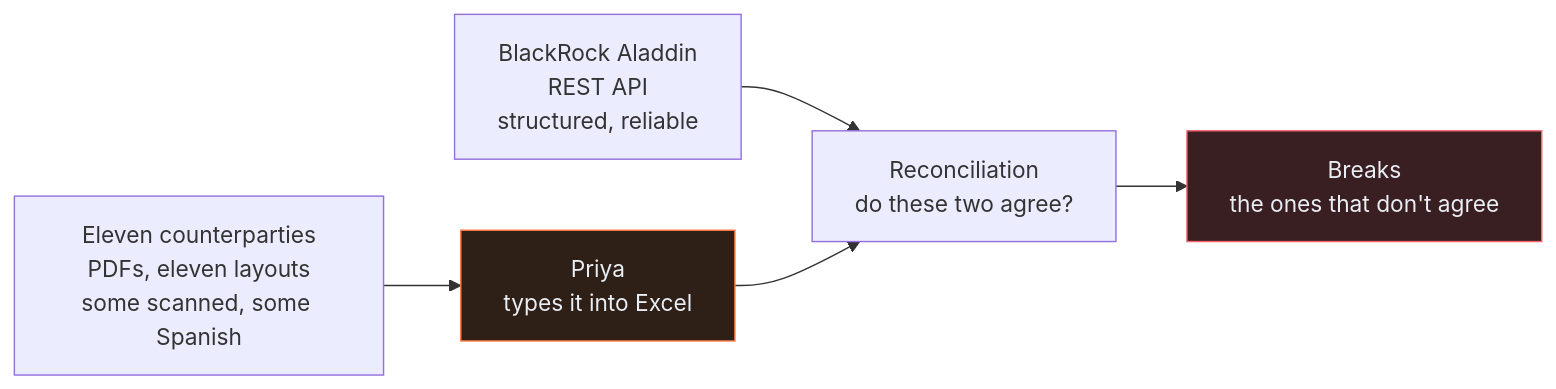
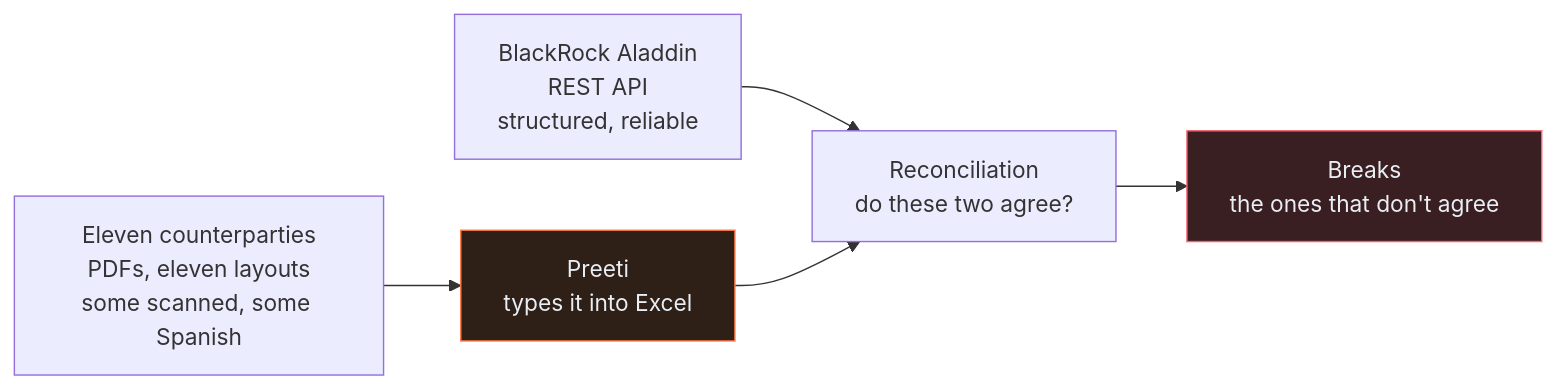
One commit to hemsingh81/learning-system-designs changed the first of 2 diagrams in AI-Agile-Development/Case-Study/Python-ETL/00-the-brief.md. Above: the diagram before and after it, drawn with Mermaid. The commit also changed other lines of this file and 99 other files, not shown here.

````diff
--- a/AI-Agile-Development/Case-Study/Python-ETL/00-the-brief.md
+++ b/AI-Agile-Development/Case-Study/Python-ETL/00-the-brief.md
@@ -69,10 +69,10 @@
 ```mermaid
 flowchart LR
     A["BlackRock Aladdin<br/>REST API<br/>structured, reliable"] --> R["Reconciliation<br/>do these two agree?"]
-    B["Eleven counterparties<br/>PDFs, eleven layouts<br/>some scanned, some Spanish"] --> P["Priya<br/>types it into Excel"]
+    B["Eleven counterparties<br/>PDFs, eleven layouts<br/>some scanned, some Spanish"] --> P["Preeti<br/>types it into Excel"]
     P --> R
     R --> X["Breaks<br/>the ones that don't agree"]
 
     style P fill:#2E1F17,stroke:#FF7A45,color:#E8EEF4
     style X fill:#3A1F22,stroke:#F5646E,color:#E8EEF4
 ```
````
